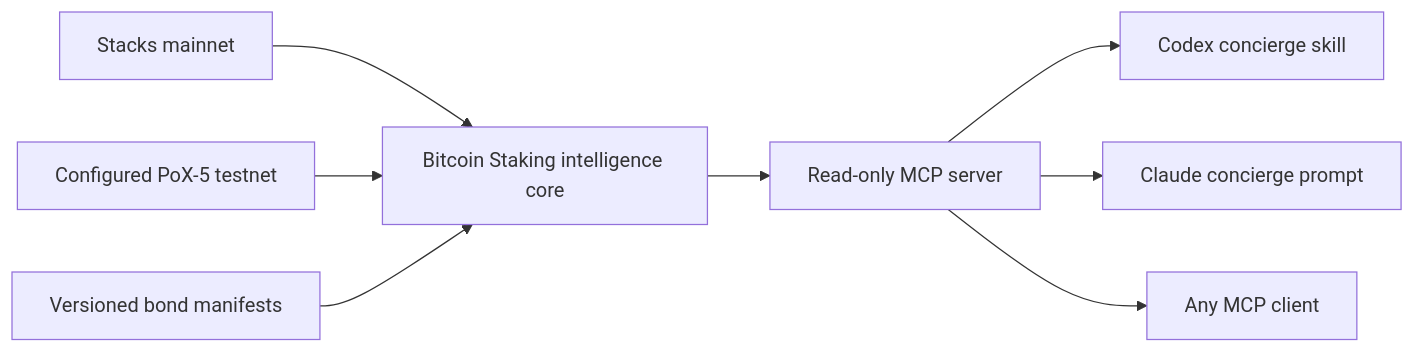
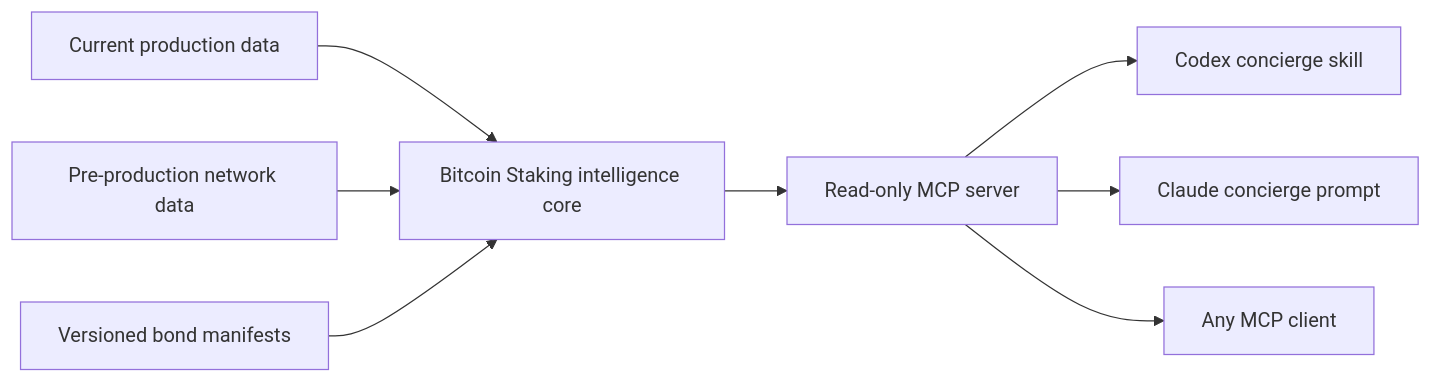
One commit to andre-stacks/bitcoin-staking-mcp changed the diagram in README.md. Above: the diagram before and after it, drawn with Mermaid. The commit also changed other lines of this file and 9 other files, not shown here.

````diff
--- a/README.md
+++ b/README.md
@@ -20,10 +20,10 @@
 ```mermaid
 flowchart LR
-  A["Stacks mainnet"] --> C["Bitcoin Staking intelligence core"]
-  T["Configured PoX-5 testnet"] --> C
+  A["Current production data"] --> C["Bitcoin Staking intelligence core"]
+  T["Pre-production network data"] --> C
   B["Versioned bond manifests"] --> C
   C --> M["Read-only MCP server"]
   M --> X["Codex concierge skill"]
   M --> Y["Claude concierge prompt"]
   M --> Z["Any MCP client"]
 ```
````
